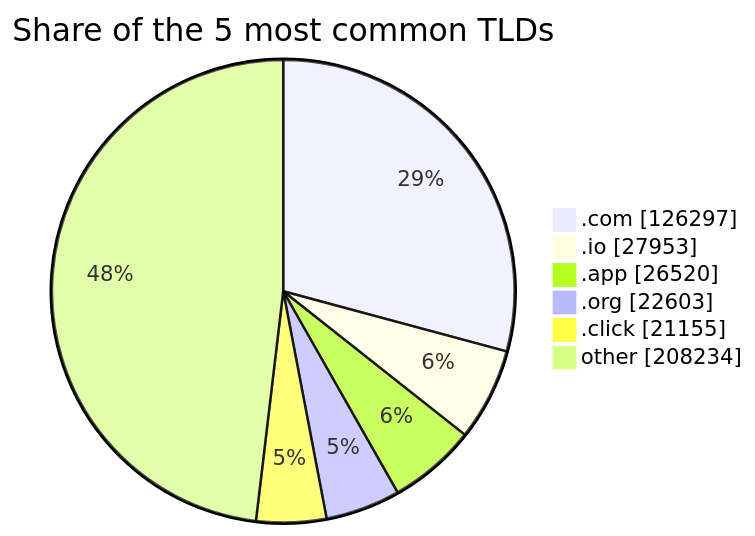
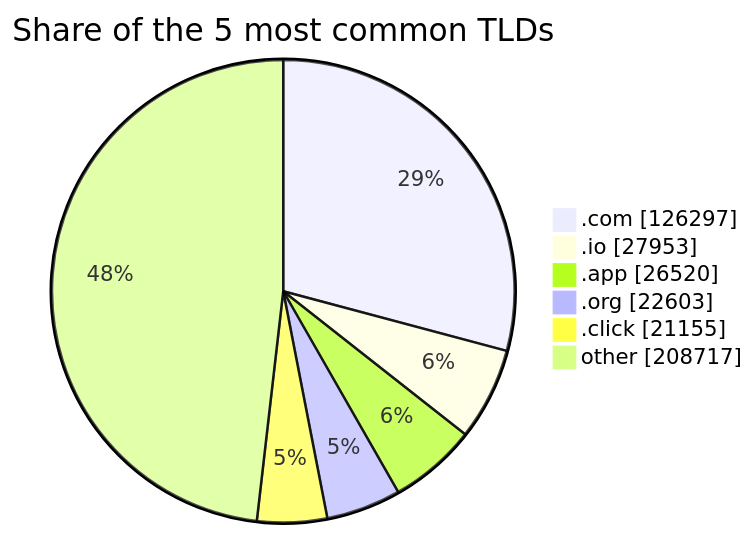
The third of 3 diagrams in README.md (DNSBunker/CTI), drawn with Mermaid before and after one commit. The commit also changed other lines of this file and 3 other files, not shown here.

````diff
--- a/README.md
+++ b/README.md
@@ -81,9 +81,9 @@
 ```mermaid
 pie showData title Share of the 5 most common TLDs
     ".com" : 126297
     ".io" : 27953
     ".app" : 26520
     ".org" : 22603
     ".click" : 21155
-    "other" : 208234
+    "other" : 208717
 ```
````
